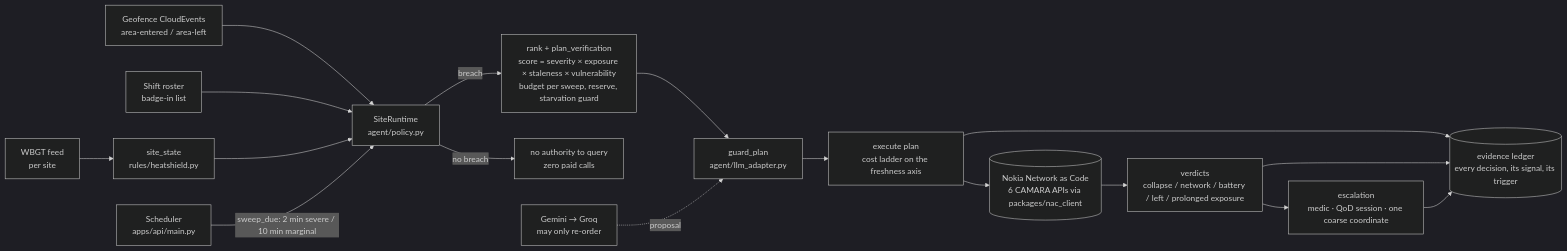
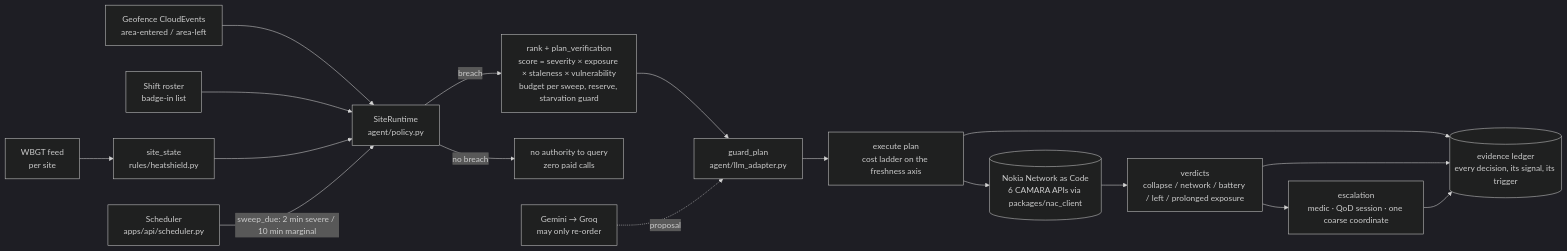
The diagram in docs/architecture.md (kutsibalci/heatshield), drawn with Mermaid (dark theme) before and after one commit. The commit also changed other lines of this file and 10 other files, not shown here.

First line of the commit message:
Split the 1,170-line apps/api/main.py into six focused modules

````diff
--- a/docs/architecture.md
+++ b/docs/architecture.md
@@ -11,19 +11,19 @@
 ```mermaid
 flowchart LR
     WBGT[WBGT feed<br/>per site] --> STATE[site_state<br/>rules/heatshield.py]
     GEO[Geofence CloudEvents<br/>area-entered / area-left] --> RT[SiteRuntime<br/>agent/policy.py]
     ROSTER[Shift roster<br/>badge-in list] --> RT
     STATE --> RT
     RT -->|breach| RANK[rank + plan_verification<br/>score = severity × exposure × staleness × vulnerability<br/>budget per sweep, reserve, starvation guard]
     RT -->|no breach| IDLE[no authority to query<br/>zero paid calls]
     RANK --> GUARD[guard_plan<br/>agent/llm_adapter.py]
     LLM[Gemini → Groq<br/>may only re-order] -.proposal.-> GUARD
     GUARD --> EXEC[execute plan<br/>cost ladder on the freshness axis]
     EXEC --> NAC[(Nokia Network as Code<br/>6 CAMARA APIs via packages/nac_client)]
     NAC --> VERD[verdicts<br/>collapse / network / battery / left / prolonged exposure]
     VERD --> ESC[escalation<br/>medic · QoD session · one coarse coordinate]
     EXEC --> LEDGER[(evidence ledger<br/>every decision, its signal, its trigger)]
     VERD --> LEDGER
     ESC --> LEDGER
-    SCHED[Scheduler<br/>apps/api/main.py] -->|sweep_due: 2 min severe / 10 min marginal| RT
+    SCHED[Scheduler<br/>apps/api/scheduler.py] -->|sweep_due: 2 min severe / 10 min marginal| RT
 ```
````
